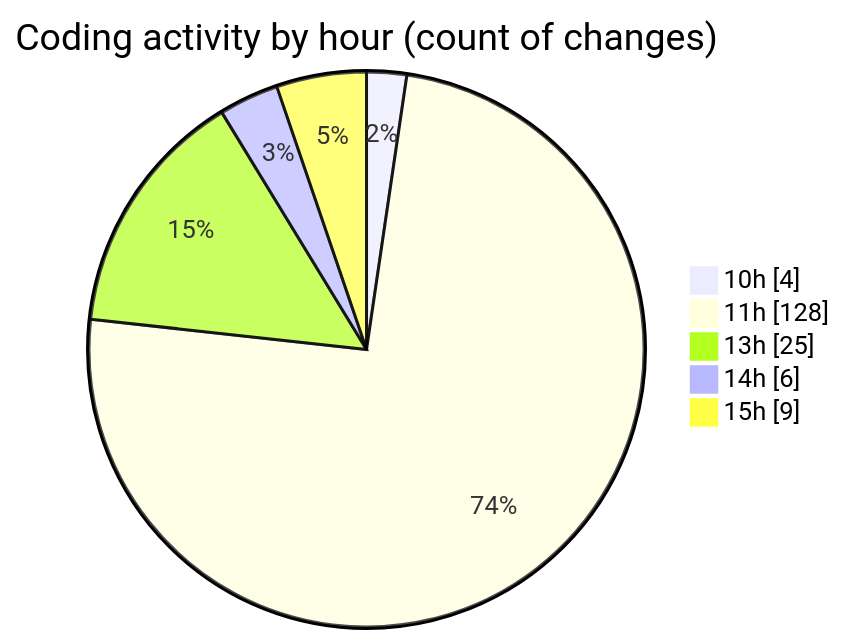
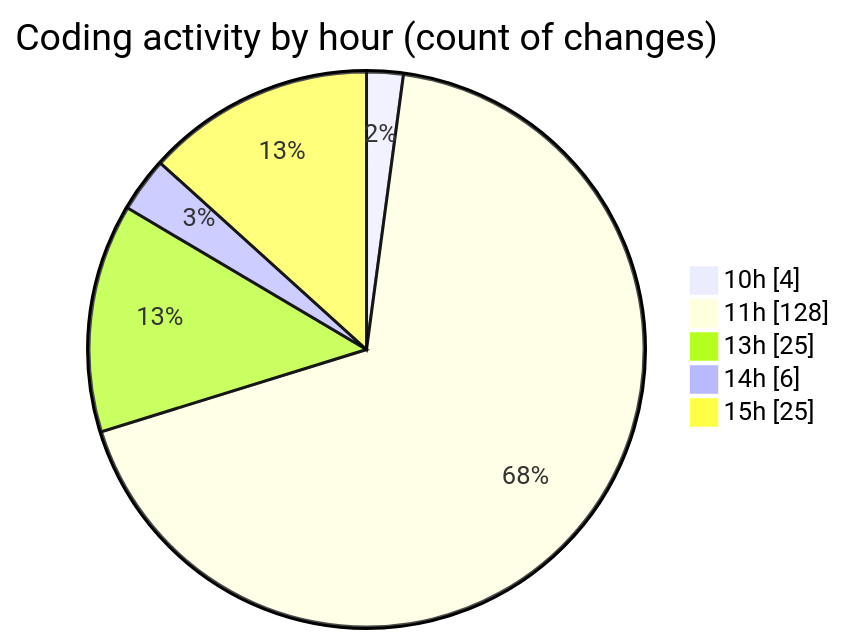
One commit to nxtqubesakshisongat/code-tracking changed the second of 2 diagrams in 2025-04-14/nxtqube_webapp/README.md. Above: the diagram before and after it, drawn with Mermaid. The commit also changed other lines of this file and 1 other file, not shown here.

````diff
--- a/2025-04-14/nxtqube_webapp/README.md
+++ b/2025-04-14/nxtqube_webapp/README.md
@@ -36,9 +36,9 @@
 ```mermaid
 pie showData
 title Coding activity by hour (count of changes)
 "10h" : 4
 "11h" : 128
 "13h" : 25
 "14h" : 6
-"15h" : 9
+"15h" : 25
 ```
````
